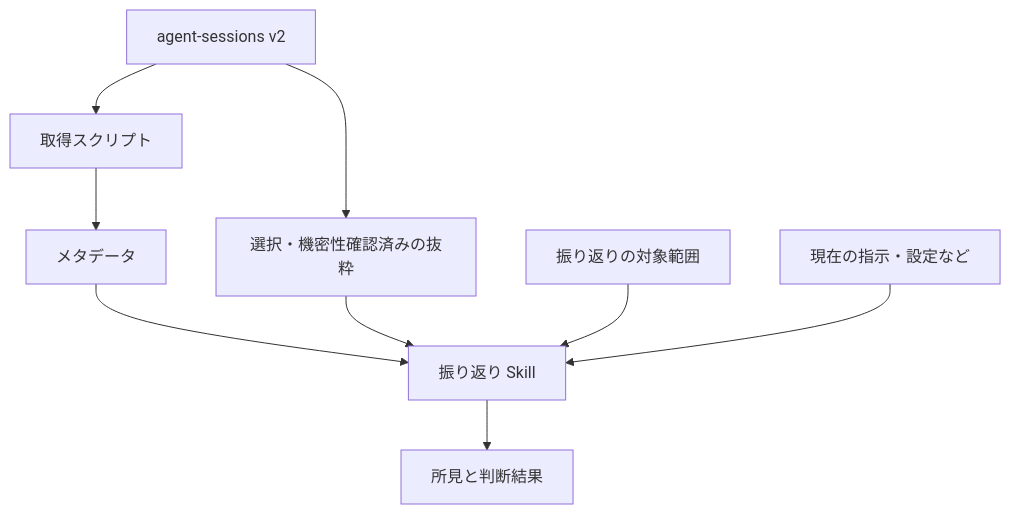
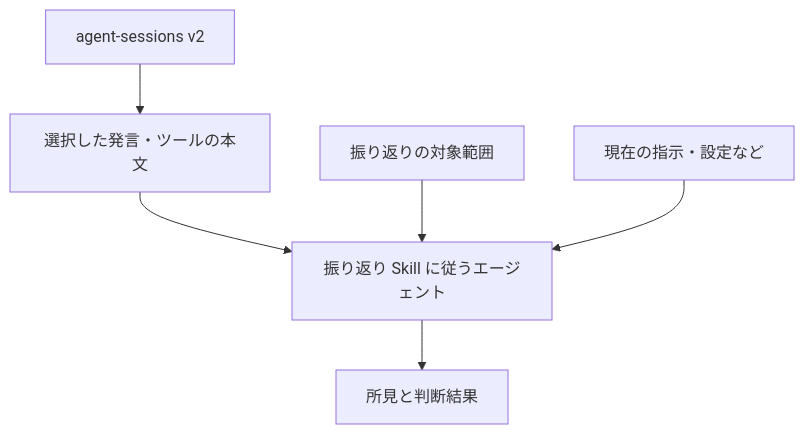
One commit to mtk177a/agent-harness-retro changed the diagram in README.ja.md. Above: the diagram before and after it, drawn with Mermaid. The commit also changed other lines of this file and 28 other files, not shown here.

First line of the commit message:
Read retrospective conversations directly with agent-sessions (#12)

````diff
--- a/README.ja.md
+++ b/README.ja.md
@@ -110,11 +109,8 @@
 ```mermaid
 flowchart TD
-    source["agent-sessions v2"] --> helper["取得スクリプト"]
-    helper --> metadata["メタデータ"]
-    source --> excerpts["選択・機密性確認済みの抜粋"]
-    metadata --> review["振り返り Skill"]
-    excerpts --> review
+    source["agent-sessions v2"] --> bodies["選択した発言・ツールの本文"]
+    bodies --> review["振り返り Skill に従うエージェント"]
     scope["振り返りの対象範囲"] --> review
     harness["現在の指示・設定など"] --> review
     review --> result["所見と判断結果"]
 ```
````
